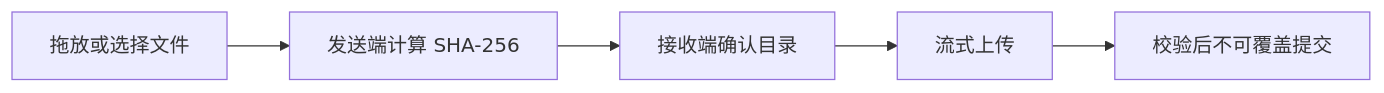
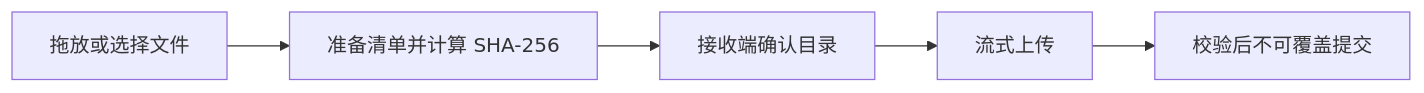
The fourth of 4 diagrams in README.md (yangjinming1062/MeshShare), drawn with Mermaid before and after one commit. The commit also changed other lines of this file and 29 other files, not shown here.

````diff
--- a/README.md
+++ b/README.md
@@ -112,4 +112,4 @@
 ```mermaid
 flowchart LR
-  A["拖放或选择文件"] --> B["发送端计算 SHA-256"] --> C["接收端确认目录"] --> D["流式上传"] --> E["校验后不可覆盖提交"]
+  A["拖放或选择文件"] --> B["准备清单并计算 SHA-256"] --> C["接收端确认目录"] --> D["流式上传"] --> E["校验后不可覆盖提交"]
 ```
````
